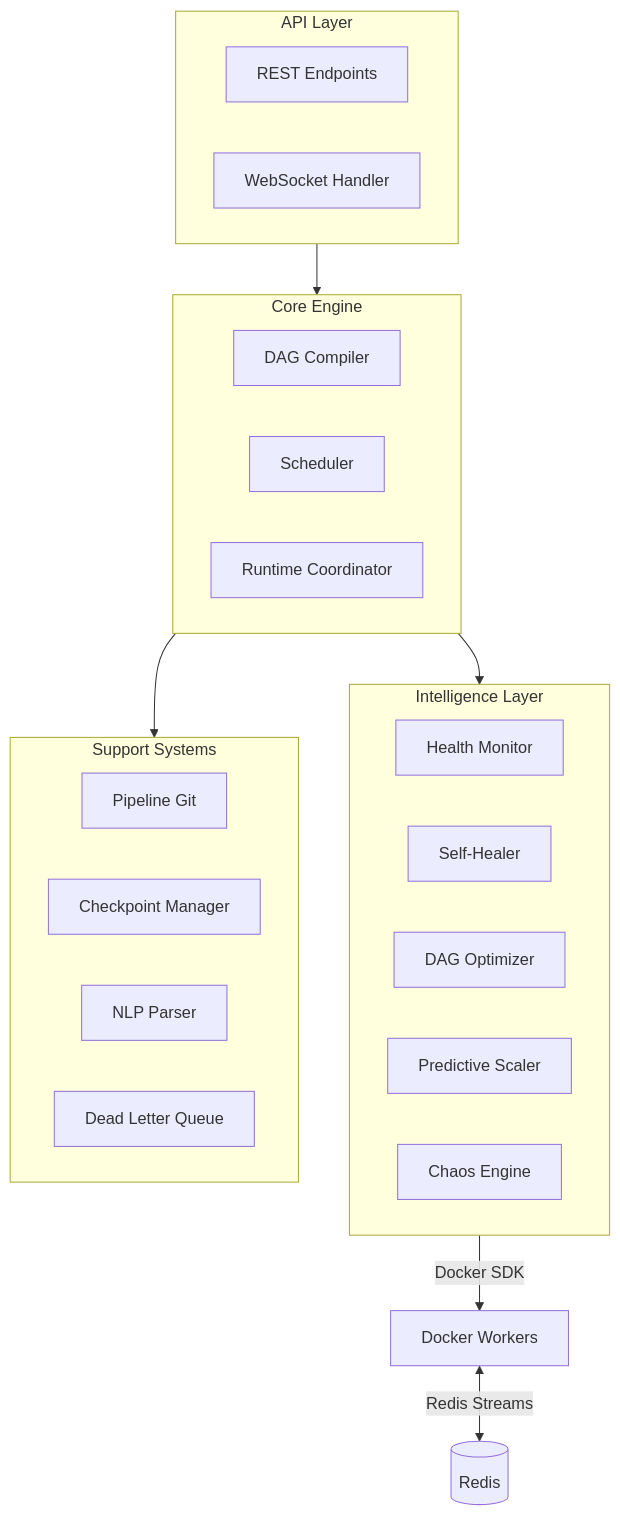
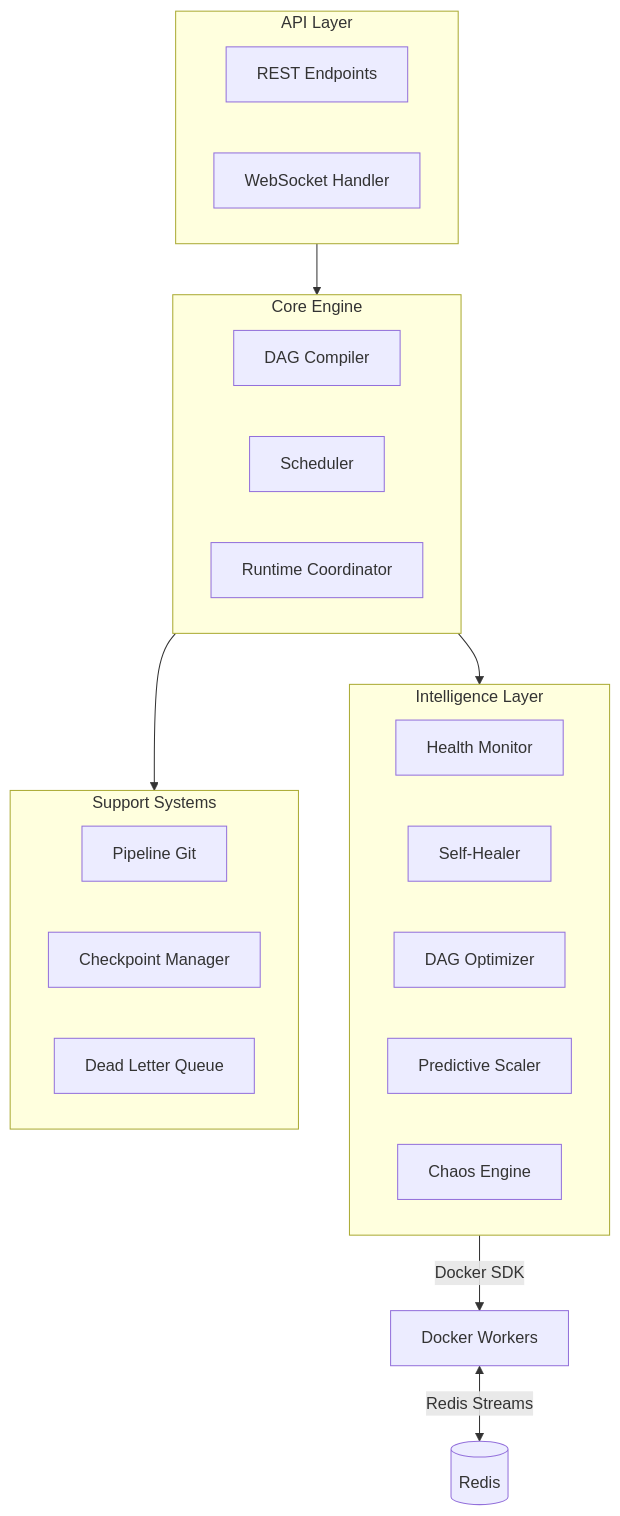
Before and after one commit to rathinadev/Flowstorm: the diagram in README.md, drawn with Mermaid. The commit also changed other lines of this file and 9 other files, not shown here.

````diff
--- a/README.md
+++ b/README.md
@@ -7,34 +7,33 @@
 ```mermaid
 graph TD
     subgraph API["API Layer"]
         REST[REST Endpoints]
         WS[WebSocket Handler]
     end
 
     subgraph Engine["Core Engine"]
         DAG[DAG Compiler]
         SCH[Scheduler]
         RT[Runtime Coordinator]
     end
 
     subgraph Intelligence["Intelligence Layer"]
         HM[Health Monitor]
         HL[Self-Healer]
         OPT[DAG Optimizer]
         PS[Predictive Scaler]
         CE[Chaos Engine]
     end
 
     subgraph Support["Support Systems"]
         PG[Pipeline Git]
         CKP[Checkpoint Manager]
-        NLP[NLP Parser]
         DLQ[Dead Letter Queue]
     end
 
     API --> Engine
     Engine --> Intelligence
     Engine --> Support
     Intelligence -->|Docker SDK| Workers[Docker Workers]
     Workers <-->|Redis Streams| Transport[(Redis)]
 ```
````
